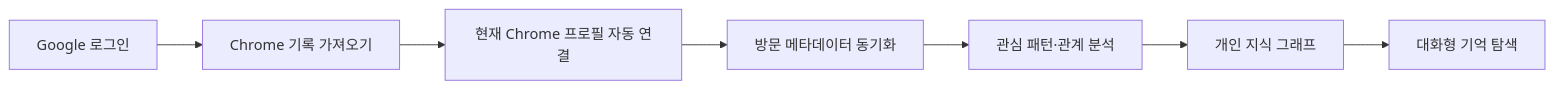
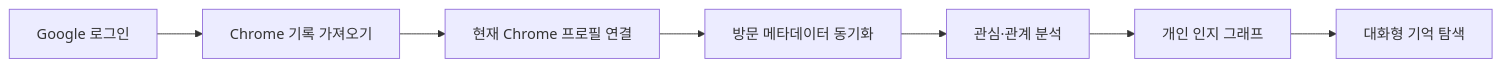
One commit to amyhong0/amy-brain-map changed the first of 4 diagrams in README.md. Above: the diagram before and after it, drawn with Mermaid. The commit also changed other lines of this file, not shown here.

````diff
--- a/README.md
+++ b/README.md
@@ -22,9 +25,9 @@
 ```mermaid
 flowchart LR
   A[Google 로그인] --> B[Chrome 기록 가져오기]
-  B --> C[현재 Chrome 프로필 자동 연결]
+  B --> C[현재 Chrome 프로필 연결]
   C --> D[방문 메타데이터 동기화]
-  D --> E[관심 패턴·관계 분석]
-  E --> F[개인 지식 그래프]
+  D --> E[관심·관계 분석]
+  E --> F[개인 인지 그래프]
   F --> G[대화형 기억 탐색]
 ```
````
